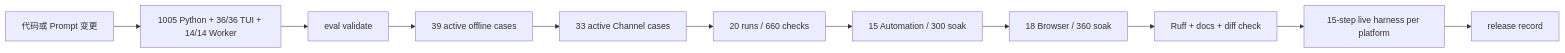
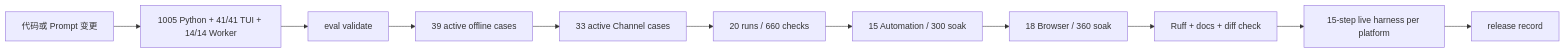
One commit to NEDONION/lobster0 changed the diagram in docs/evals/README.md. Above: the diagram before and after it, drawn with Mermaid. The commit also changed other lines of this file and 9 other files, not shown here.

````diff
--- a/docs/evals/README.md
+++ b/docs/evals/README.md
@@ -18,13 +18,13 @@
 ```mermaid
 flowchart LR
-    CHANGE["代码或 Prompt 变更"] --> UNIT["1005 Python + 36/36 TUI + 14/14 Worker"]
+    CHANGE["代码或 Prompt 变更"] --> UNIT["1005 Python + 41/41 TUI + 14/14 Worker"]
     UNIT --> VALIDATE["eval validate"]
     VALIDATE --> OFFLINE["39 active offline cases"]
     OFFLINE --> CHANNEL["33 active Channel cases"]
     CHANNEL --> SOAK["20 runs / 660 checks"]
     SOAK --> AUTO["15 Automation / 300 soak"]
     AUTO --> BROWSER["18 Browser / 360 soak"]
     BROWSER --> RUFF["Ruff + docs + diff check"]
     RUFF --> LIVE["15-step live harness per platform"]
     LIVE --> RECORD["release record"]
 ```
````
